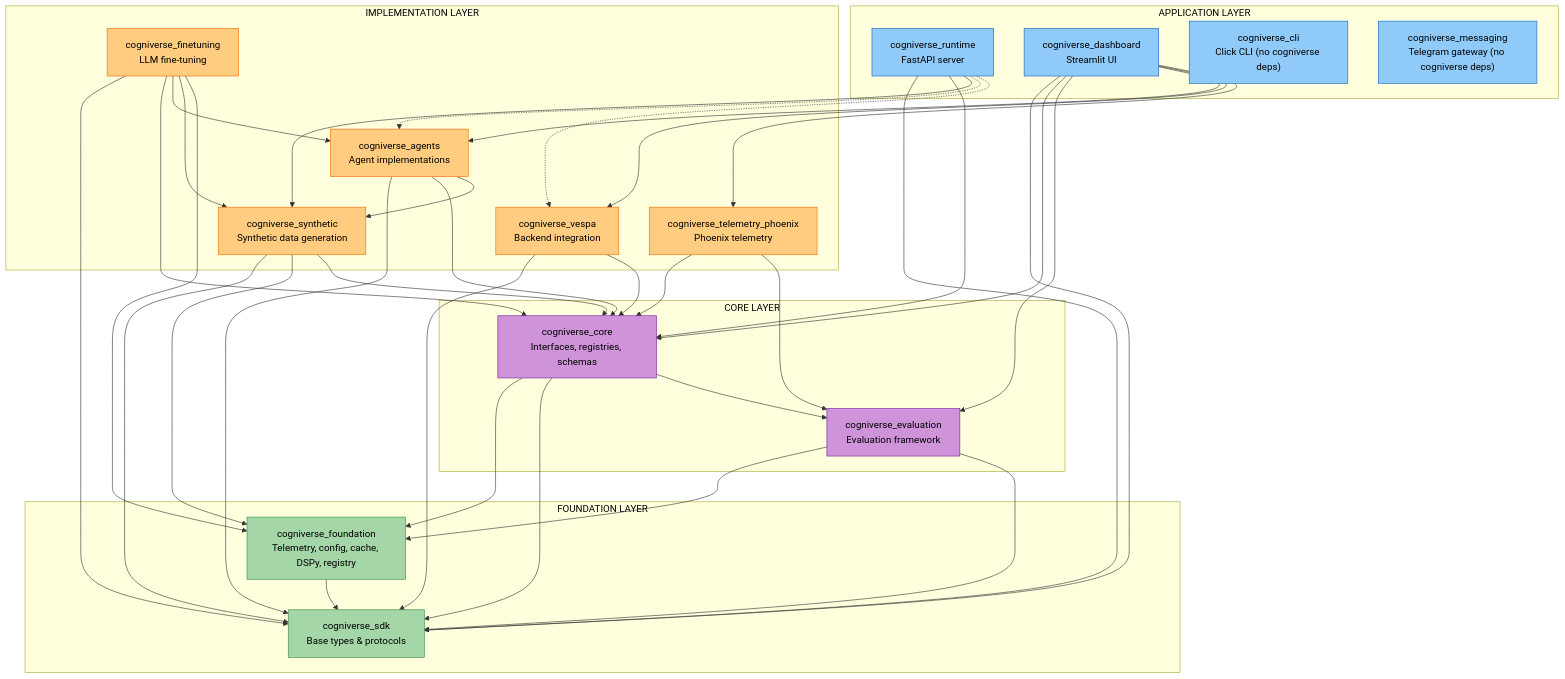
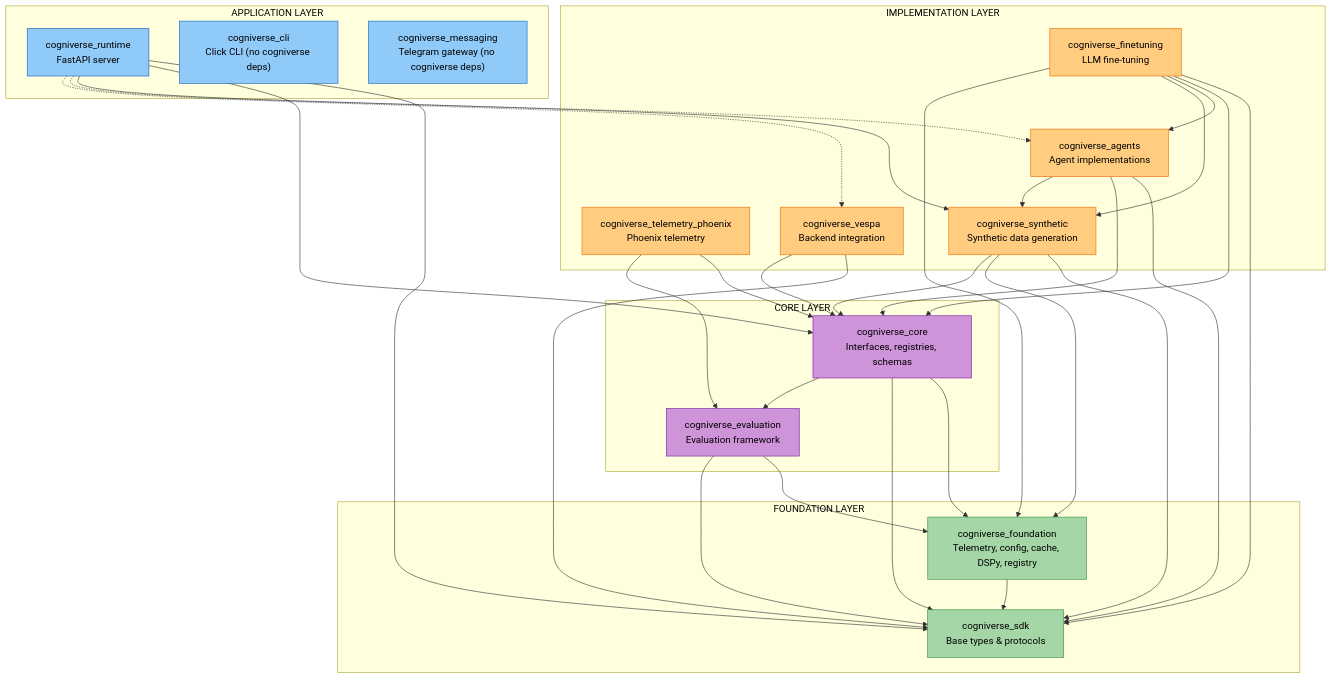
Before and after one commit to amit-jain/cogniverse: the diagram in docs/development/package-dev.md, drawn with Mermaid. The commit also changed other lines of this file and 241 other files, not shown here.

First line of the commit message:
Remove the Streamlit dashboard

````diff
--- a/docs/development/package-dev.md
+++ b/docs/development/package-dev.md
@@ -194,76 +186,68 @@
 ```mermaid
 flowchart TB
     subgraph Foundation["<span style='color:#000'>FOUNDATION LAYER</span>"]
         SDK["<span style='color:#000'>cogniverse_sdk<br/>Base types & protocols</span>"]
         FoundationPkg["<span style='color:#000'>cogniverse_foundation<br/>Telemetry, config, cache, DSPy, registry</span>"]
     end
 
     subgraph Core["<span style='color:#000'>CORE LAYER</span>"]
         Evaluation["<span style='color:#000'>cogniverse_evaluation<br/>Evaluation framework</span>"]
         CorePkg["<span style='color:#000'>cogniverse_core<br/>Interfaces, registries, schemas</span>"]
     end
 
     subgraph Implementation["<span style='color:#000'>IMPLEMENTATION LAYER</span>"]
         TelemetryPhoenix["<span style='color:#000'>cogniverse_telemetry_phoenix<br/>Phoenix telemetry</span>"]
         Agents["<span style='color:#000'>cogniverse_agents<br/>Agent implementations</span>"]
         Vespa["<span style='color:#000'>cogniverse_vespa<br/>Backend integration</span>"]
         Synthetic["<span style='color:#000'>cogniverse_synthetic<br/>Synthetic data generation</span>"]
         Finetuning["<span style='color:#000'>cogniverse_finetuning<br/>LLM fine-tuning</span>"]
     end
 
     subgraph Application["<span style='color:#000'>APPLICATION LAYER</span>"]
         Runtime["<span style='color:#000'>cogniverse_runtime<br/>FastAPI server</span>"]
-        Dashboard["<span style='color:#000'>cogniverse_dashboard<br/>Streamlit UI</span>"]
         CLI["<span style='color:#000'>cogniverse_cli<br/>Click CLI (no cogniverse deps)</span>"]
         Messaging["<span style='color:#000'>cogniverse_messaging<br/>Telegram gateway (no cogniverse deps)</span>"]
     end
 
     FoundationPkg --> SDK
     Evaluation --> FoundationPkg
     Evaluation --> SDK
     CorePkg --> FoundationPkg
     CorePkg --> SDK
     CorePkg --> Evaluation
 
     TelemetryPhoenix --> CorePkg
     TelemetryPhoenix --> Evaluation
     Agents --> SDK
     Agents --> CorePkg
     Agents --> Synthetic
     Vespa --> SDK
     Vespa --> CorePkg
     Synthetic --> SDK
     Synthetic --> FoundationPkg
     Synthetic --> CorePkg
     Finetuning --> SDK
     Finetuning --> CorePkg
     Finetuning --> Agents
     Finetuning --> Synthetic
     Finetuning --> FoundationPkg
 
     Runtime --> SDK
     Runtime --> CorePkg
     Runtime --> Synthetic
     Runtime -.-> Agents
     Runtime -.-> Vespa
-    Dashboard --> SDK
-    Dashboard --> CorePkg
-    Dashboard --> Evaluation
-    Dashboard --> Agents
-    Dashboard --> Vespa
-    Dashboard --> TelemetryPhoenix
 
     style SDK fill:#a5d6a7,stroke:#388e3c,color:#000
     style FoundationPkg fill:#a5d6a7,stroke:#388e3c,color:#000
     style Evaluation fill:#ce93d8,stroke:#7b1fa2,color:#000
     style CorePkg fill:#ce93d8,stroke:#7b1fa2,color:#000
     style TelemetryPhoenix fill:#ffcc80,stroke:#ef6c00,color:#000
     style Agents fill:#ffcc80,stroke:#ef6c00,color:#000
     style Vespa fill:#ffcc80,stroke:#ef6c00,color:#000
     style Synthetic fill:#ffcc80,stroke:#ef6c00,color:#000
     style Finetuning fill:#ffcc80,stroke:#ef6c00,color:#000
     style Runtime fill:#90caf9,stroke:#1565c0,color:#000
-    style Dashboard fill:#90caf9,stroke:#1565c0,color:#000
     style CLI fill:#90caf9,stroke:#1565c0,color:#000
     style Messaging fill:#90caf9,stroke:#1565c0,color:#000
 ```
````
